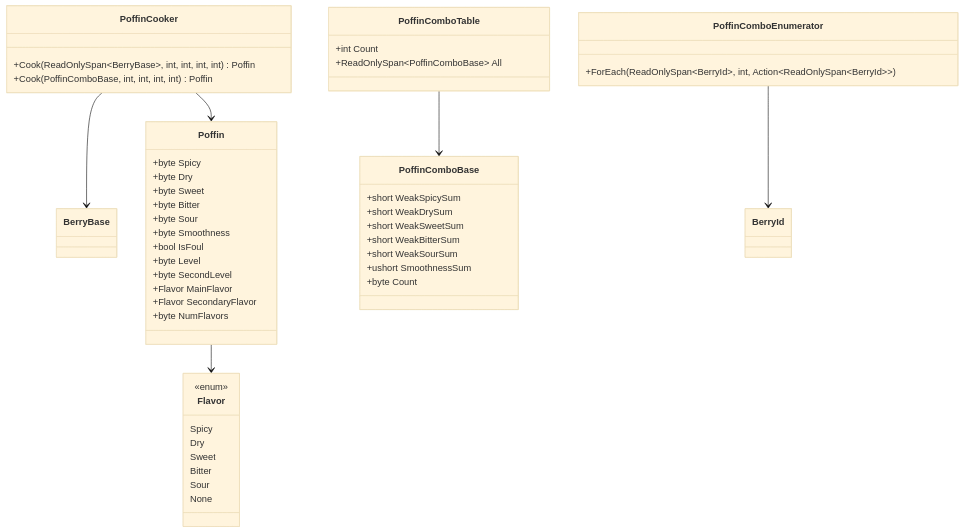
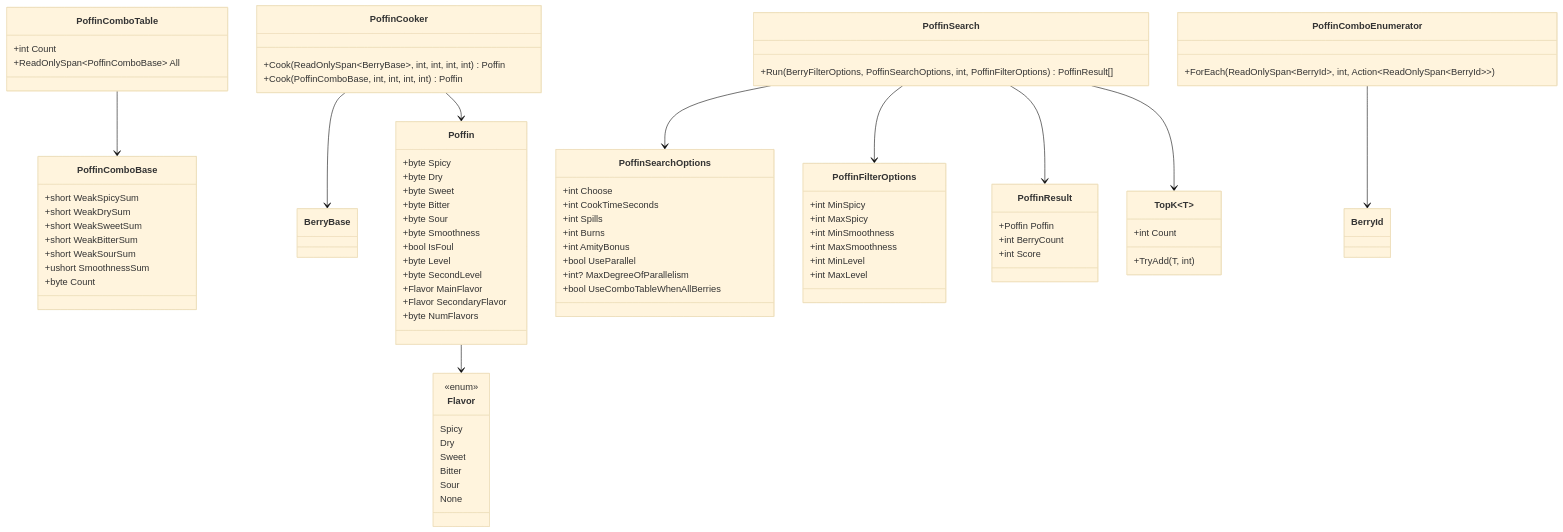
The second of 2 diagrams in docs/Berries.Diagrams.md (GlassToeStudio/BDSP), drawn with Mermaid (base theme) before and after one commit. The commit also changed 16 other files, not shown here.

Commit message:
Update project structure. Add search/filter, topk options for poffins, expose simple api to user to select berries, search (cook) poffins based on some criteria.

````diff
--- a/docs/Berries.Diagrams.md
+++ b/docs/Berries.Diagrams.md
@@ -187,9 +187,48 @@
         +ForEach(ReadOnlySpan~BerryId~, int, Action~ReadOnlySpan~BerryId~~)
     }
 
+    class PoffinSearchOptions {
+        +int Choose
+        +int CookTimeSeconds
+        +int Spills
+        +int Burns
+        +int AmityBonus
+        +bool UseParallel
+        +int? MaxDegreeOfParallelism
+        +bool UseComboTableWhenAllBerries
+    }
+
+    class PoffinFilterOptions {
+        +int MinSpicy
+        +int MaxSpicy
+        +int MinSmoothness
+        +int MaxSmoothness
+        +int MinLevel
+        +int MaxLevel
+    }
+
+    class PoffinResult {
+        +Poffin Poffin
+        +int BerryCount
+        +int Score
+    }
+
+    class TopK~T~ {
+        +int Count
+        +TryAdd(T, int)
+    }
+
+    class PoffinSearch {
+        +Run(BerryFilterOptions, PoffinSearchOptions, int, PoffinFilterOptions) PoffinResult[]
+    }
+
     PoffinCooker --> BerryBase
     PoffinCooker --> Poffin
     Poffin --> Flavor
     PoffinComboTable --> PoffinComboBase
     PoffinComboEnumerator --> BerryId
+    PoffinSearch --> PoffinSearchOptions
+    PoffinSearch --> PoffinFilterOptions
+    PoffinSearch --> PoffinResult
+    PoffinSearch --> TopK~T~
 ```
````
